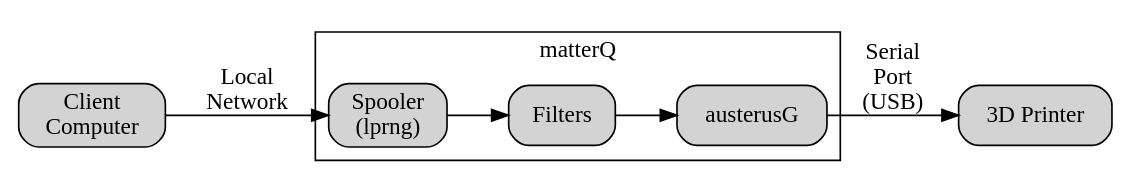
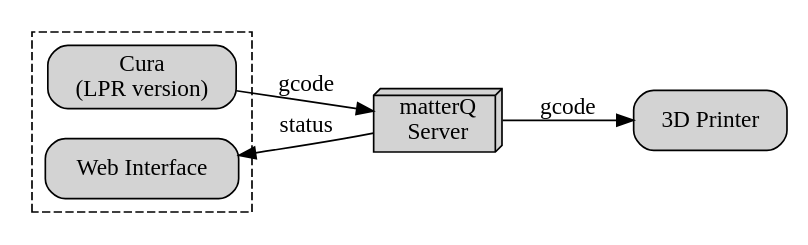
Before and after one commit to greenarrow/matterQ: the diagram in diagrams/overview.dot, drawn with Graphviz.

Commit message:
Simplify overview diagram adding Cura and web interface
The new internals diagram will explain the internal workings.

```diff
--- a/diagrams/overview.dot
+++ b/diagrams/overview.dot
@@ -1,22 +1,20 @@
 digraph G {
     rankdir=LR
     node [style="rounded,filled", shape="box"]
 
     subgraph cluster_0 {
-        spooler [label="Spooler\n(lprng)"]
-        filters [label="Filters"]
-        austerusG
+        cura [label="Cura\n(LPR version)"]
+        browser [label="Web Interface"]
 
-        spooler -> filters
-        filters -> austerusG
-
-        label = "matterQ"
+        style=dashed
     }
 
-    file [label="Client\nComputer"]
+    matterq [label="matterQ\nServer", shape=box3d]
 
     firmware [label="3D Printer"]
 
-    file -> spooler [label="Local\nNetwork"]
-    austerusG -> firmware [label="Serial\nPort\n(USB)"]
+    cura -> matterq [label="gcode"]
+    matterq -> browser [label="status"]
+
+    matterq -> firmware [label="gcode"]
 }
```
